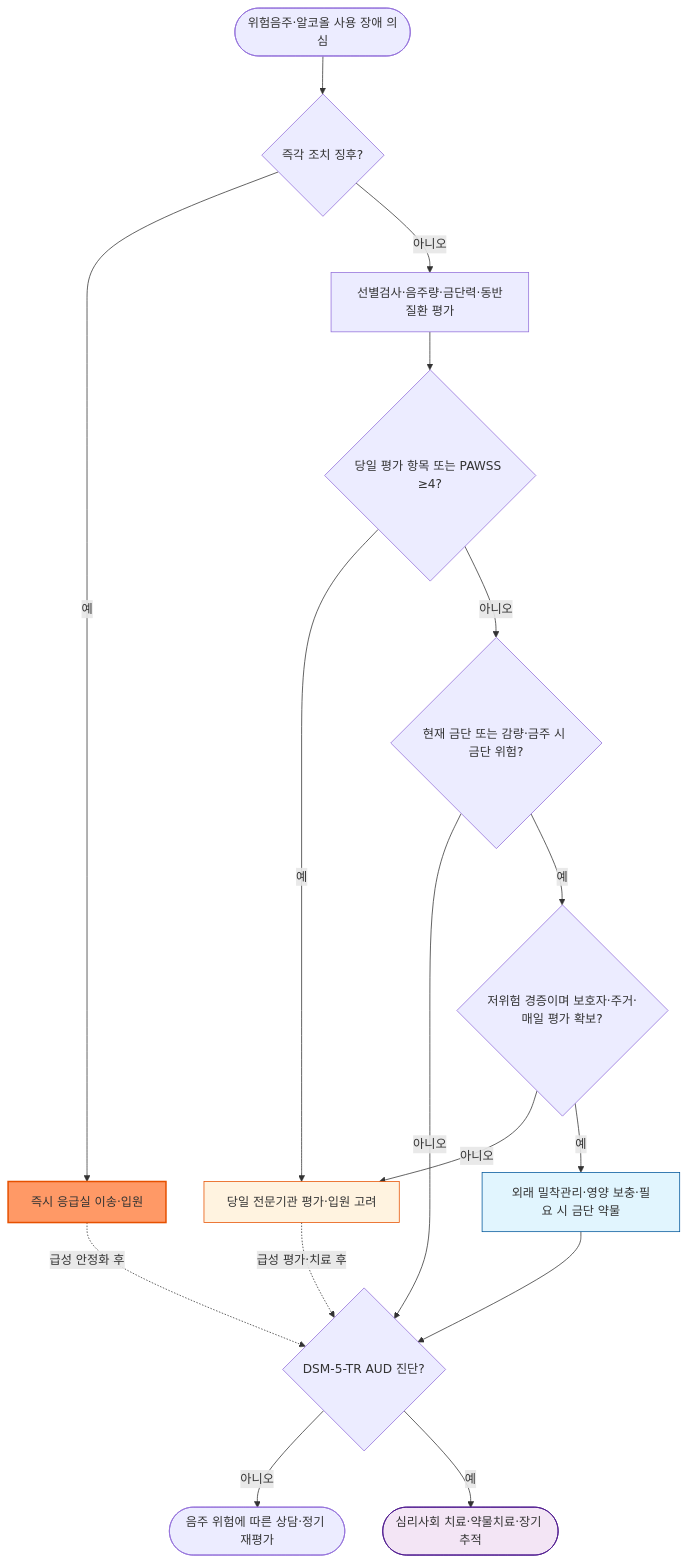
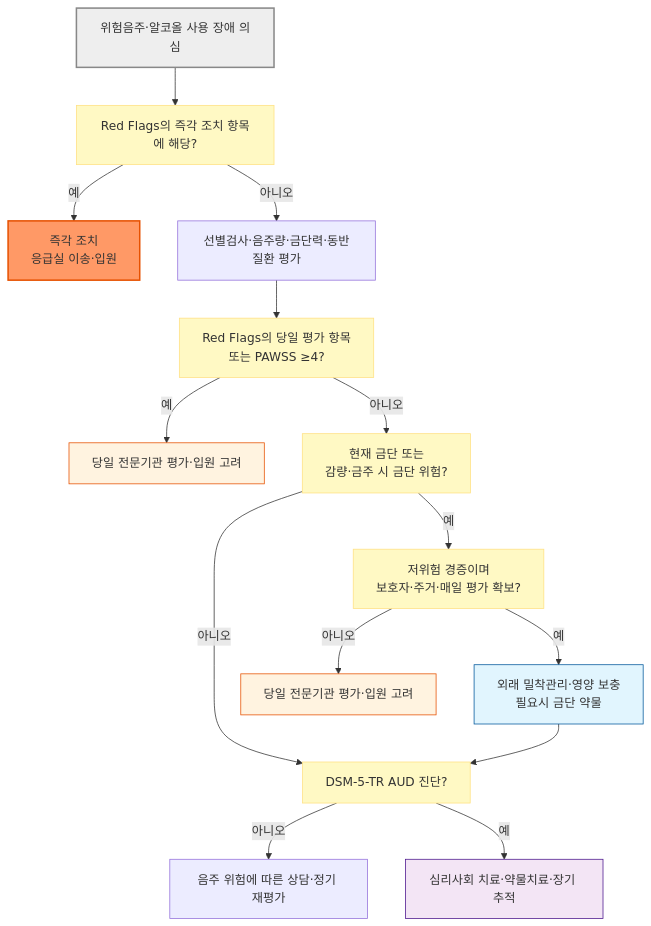
Before and after one commit to familyoh77/familyoh77: the diagram in 230_/189_-alcohol-use-disorder.md, drawn with Mermaid. The commit also changed other lines of this file and 16 other files, not shown here.

````diff
--- a/230_/189_-alcohol-use-disorder.md
+++ b/230_/189_-alcohol-use-disorder.md
@@ -268,22 +268,25 @@
 ```mermaid
 flowchart TD
-    A(["위험음주·알코올 사용 장애 의심"]) --> E{"즉각 조치 징후?"}
-    E -- "예" --> F["즉시 응급실 이송·입원"]
+    A["위험음주·알코올 사용 장애 의심"] --> E["Red Flags의 즉각 조치 항목에 해당?"]
+    E -- "예" --> F["즉각 조치<br/>응급실 이송·입원"]
     E -- "아니오" --> D["선별검사·음주량·금단력·동반질환 평가"]
-    D --> G{"당일 평가 항목 또는 PAWSS ≥4?"}
+    D --> G["Red Flags의 당일 평가 항목<br/>또는 PAWSS ≥4?"]
     G -- "예" --> H["당일 전문기관 평가·입원 고려"]
-    G -- "아니오" --> N{"현재 금단 또는 감량·금주 시 금단 위험?"}
-    N -- "아니오" --> L
-    N -- "예" --> I{"저위험 경증이며 보호자·주거·매일 평가 확보?"}
-    I -- "아니오" --> H
-    I -- "예" --> J["외래 밀착관리·영양 보충·필요 시 금단 약물"]
-    F -. "급성 안정화 후" .-> L{"DSM-5-TR AUD 진단?"}
-    H -. "급성 평가·치료 후" .-> L
+    G -- "아니오" --> N["현재 금단 또는<br/>감량·금주 시 금단 위험?"]
+    N -- "아니오" --> L["DSM-5-TR AUD 진단?"]
+    N -- "예" --> I["저위험 경증이며<br/>보호자·주거·매일 평가 확보?"]
+    I -- "아니오" --> H2["당일 전문기관 평가·입원 고려"]
+    I -- "예" --> J["외래 밀착관리·영양 보충<br/>필요시 금단 약물"]
     J --> L
-    L -- "아니오" --> M(["음주 위험에 따른 상담·정기 재평가"])
-    L -- "예" --> K(["심리사회 치료·약물치료·장기 추적"])
+    L -- "아니오" --> M["음주 위험에 따른 상담·정기 재평가"]
+    L -- "예" --> K["심리사회 치료·약물치료·장기 추적"]
+
+    classDef question fill:#fff9c4,stroke:#ffe082
+    class E,G,N,I,L question
+    style A fill:#eeeeee,stroke:#888888,stroke-width:2px
     style F fill:#f96,stroke:#e65100,stroke-width:2px
     style H fill:#fff3e0,stroke:#e65100
+    style H2 fill:#fff3e0,stroke:#e65100
     style J fill:#e1f5fe,stroke:#01579b
     style K fill:#f3e5f5,stroke:#4a148c
 ```
````
